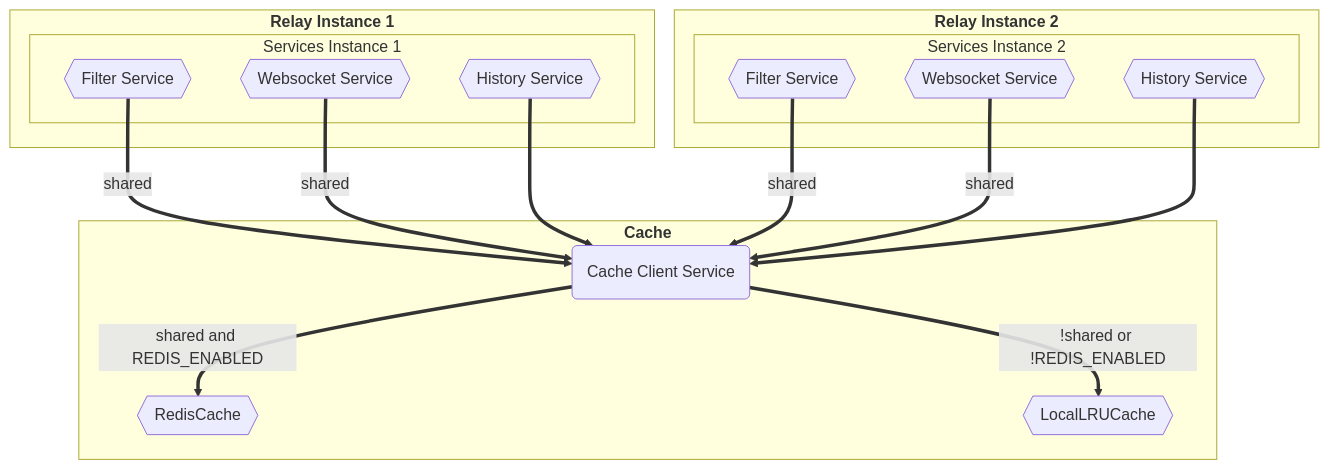
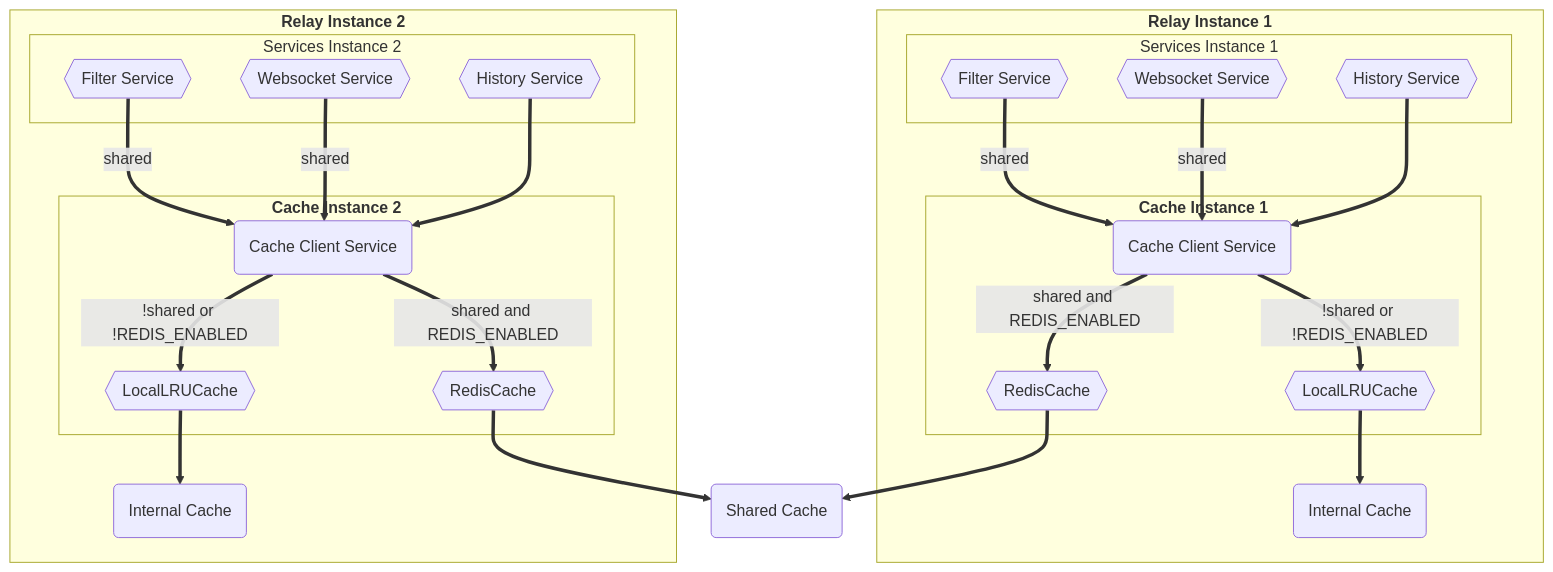
One commit to hashgraph/hedera-json-rpc-relay changed the first of 2 diagrams in docs/design/distributed-cache.md. Above: the diagram before and after it, drawn with Mermaid. The commit also changed other lines of this file, not shown here.

````diff
--- a/docs/design/distributed-cache.md
+++ b/docs/design/distributed-cache.md
@@ -150,30 +150,44 @@
 ```mermaid
 flowchart TD
     subgraph "`**Relay Instance 1**`"
         subgraph Services Instance 1
         A{{Filter Service}}
         B{{Websocket Service}}
         C{{History Service}}
         end
+        subgraph "`**Cache Instance 1**`"
+            D(Cache Client Service)
+            E{{LocalLRUCache}}
+            L{{RedisCache}}
+        end
+        N(Internal Cache)
     end
-    subgraph "`**Cache**`"
-    I(Cache Client Service)
-    E{{RedisCache}}
-    F{{LocalLRUCache}}
-    end
+    K(Shared Cache)
     subgraph "`**Relay Instance 2**`"
         subgraph Services Instance 2
-        G{{Filter Service}}
-        H{{Websocket Service}}
-        K{{History Service}}
+        F{{Filter Service}}
+        G{{Websocket Service}}
+        H{{History Service}}
         end
+        subgraph "`**Cache Instance 2**`"
+            I(Cache Client Service)
+            J{{LocalLRUCache}}
+            M{{RedisCache}}
+        end
+        O(Internal Cache)
     end
-A == shared ==> I
-B == shared ==> I
-C ==> I
+A == shared ==> D
+B == shared ==> D
+C ==> D
+F == shared ==> I
 G == shared ==> I
-H == shared ==> I
-K ==> I
-I == shared and REDIS_ENABLED ==> E
-I == !shared or !REDIS_ENABLED ==> F
+H ==> I
+D == shared and REDIS_ENABLED ==> L
+I == shared and REDIS_ENABLED ==> M
+D == !shared or !REDIS_ENABLED ==> E
+I == !shared or !REDIS_ENABLED ==> J
+E ==> N
+J ==> O
+L ==> K
+M ==> K
 ```
````
